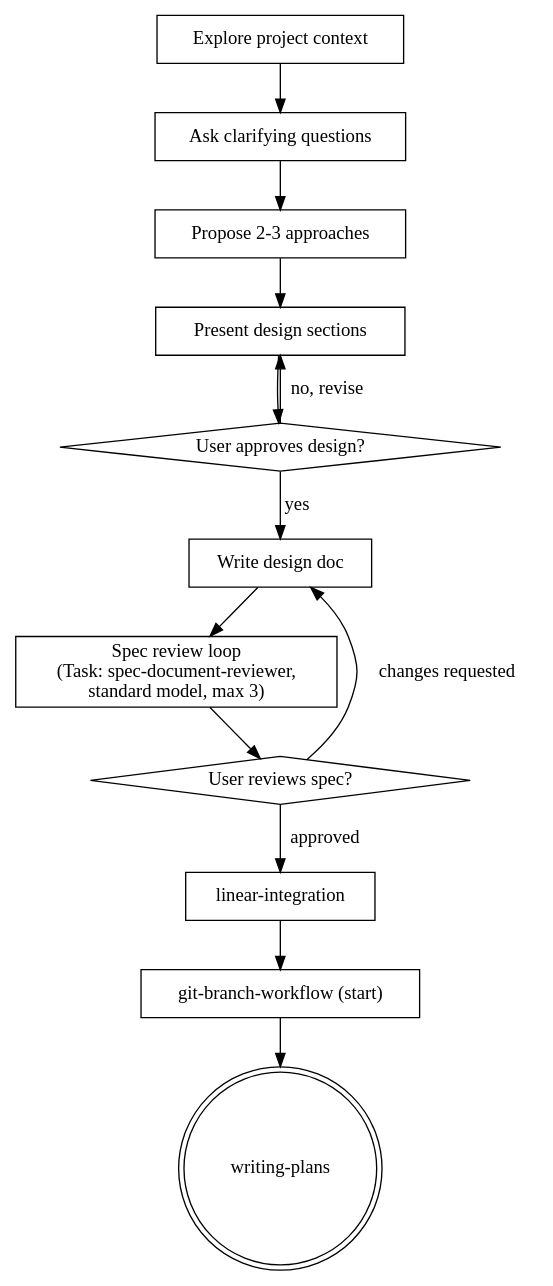
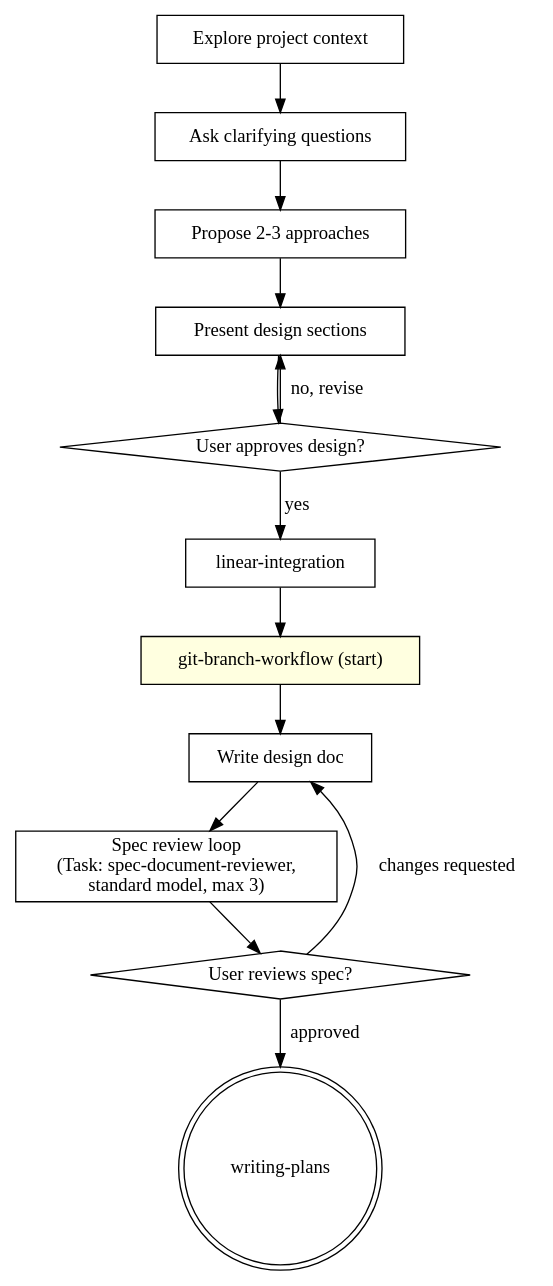
Before and after one commit to antoinecolin-voodoo/colinpowers: the diagram in skills/brainstorming/SKILL.md, drawn with Graphviz. The commit also changed other lines of this file and 4 other files, not shown here.

First line of the commit message:
fix: ensure git-branch-workflow is invoked before any commits

````diff
--- a/skills/brainstorming/SKILL.md
+++ b/skills/brainstorming/SKILL.md
@@ -35,28 +37,28 @@
 ```dot
 digraph brainstorming {
     "Explore project context" [shape=box];
     "Ask clarifying questions" [shape=box];
     "Propose 2-3 approaches" [shape=box];
     "Present design sections" [shape=box];
     "User approves design?" [shape=diamond];
+    "linear-integration" [shape=box];
+    "git-branch-workflow (start)" [shape=box style=filled fillcolor=lightyellow];
     "Write design doc" [shape=box];
     "Spec review loop\n(Task: spec-document-reviewer,\nstandard model, max 3)" [shape=box];
     "User reviews spec?" [shape=diamond];
-    "linear-integration" [shape=box];
-    "git-branch-workflow (start)" [shape=box];
     "writing-plans" [shape=doublecircle];
 
     "Explore project context" -> "Ask clarifying questions";
     "Ask clarifying questions" -> "Propose 2-3 approaches";
     "Propose 2-3 approaches" -> "Present design sections";
     "Present design sections" -> "User approves design?";
     "User approves design?" -> "Present design sections" [label="no, revise"];
-    "User approves design?" -> "Write design doc" [label="yes"];
+    "User approves design?" -> "linear-integration" [label="yes"];
+    "linear-integration" -> "git-branch-workflow (start)";
+    "git-branch-workflow (start)" -> "Write design doc";
     "Write design doc" -> "Spec review loop\n(Task: spec-document-reviewer,\nstandard model, max 3)";
     "Spec review loop\n(Task: spec-document-reviewer,\nstandard model, max 3)" -> "User reviews spec?";
     "User reviews spec?" -> "Write design doc" [label="changes requested"];
-    "User reviews spec?" -> "linear-integration" [label="approved"];
-    "linear-integration" -> "git-branch-workflow (start)";
-    "git-branch-workflow (start)" -> "writing-plans";
+    "User reviews spec?" -> "writing-plans" [label="approved"];
 }
 ```
````
